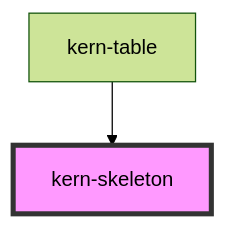
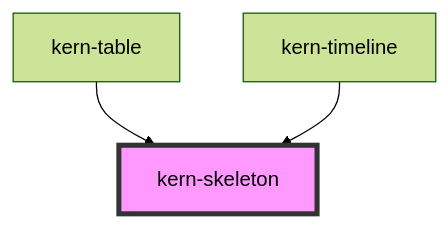
One commit to yfridelance/kern changed the diagram in src/components/kern-skeleton/readme.md. Above: the diagram before and after it, drawn with Mermaid (forest theme). The commit also changed other lines of this file and 27 other files, not shown here.

First line of the commit message:
kern-timeline: Ereignisverlauf für Geräte, Updates und Verbindungen

````diff
--- a/src/components/kern-skeleton/readme.md
+++ b/src/components/kern-skeleton/readme.md
@@ -82,5 +83,6 @@
 ```mermaid
 graph TD;
   kern-table --> kern-skeleton
+  kern-timeline --> kern-skeleton
   style kern-skeleton fill:#f9f,stroke:#333,stroke-width:4px
 ```
````
